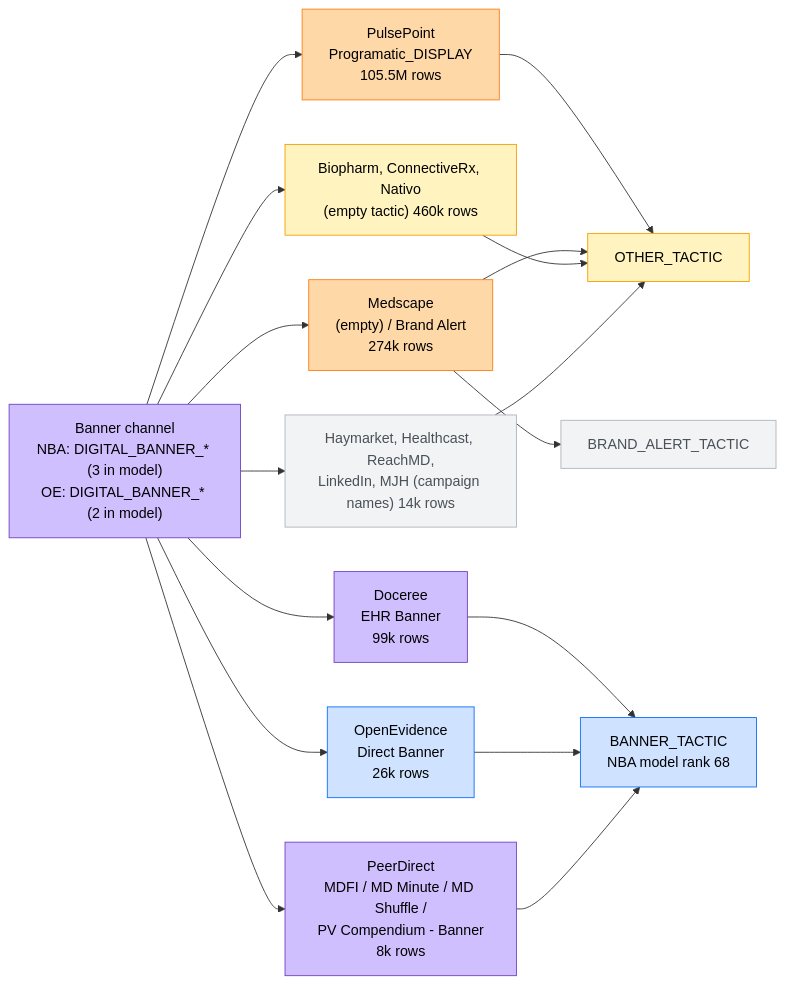
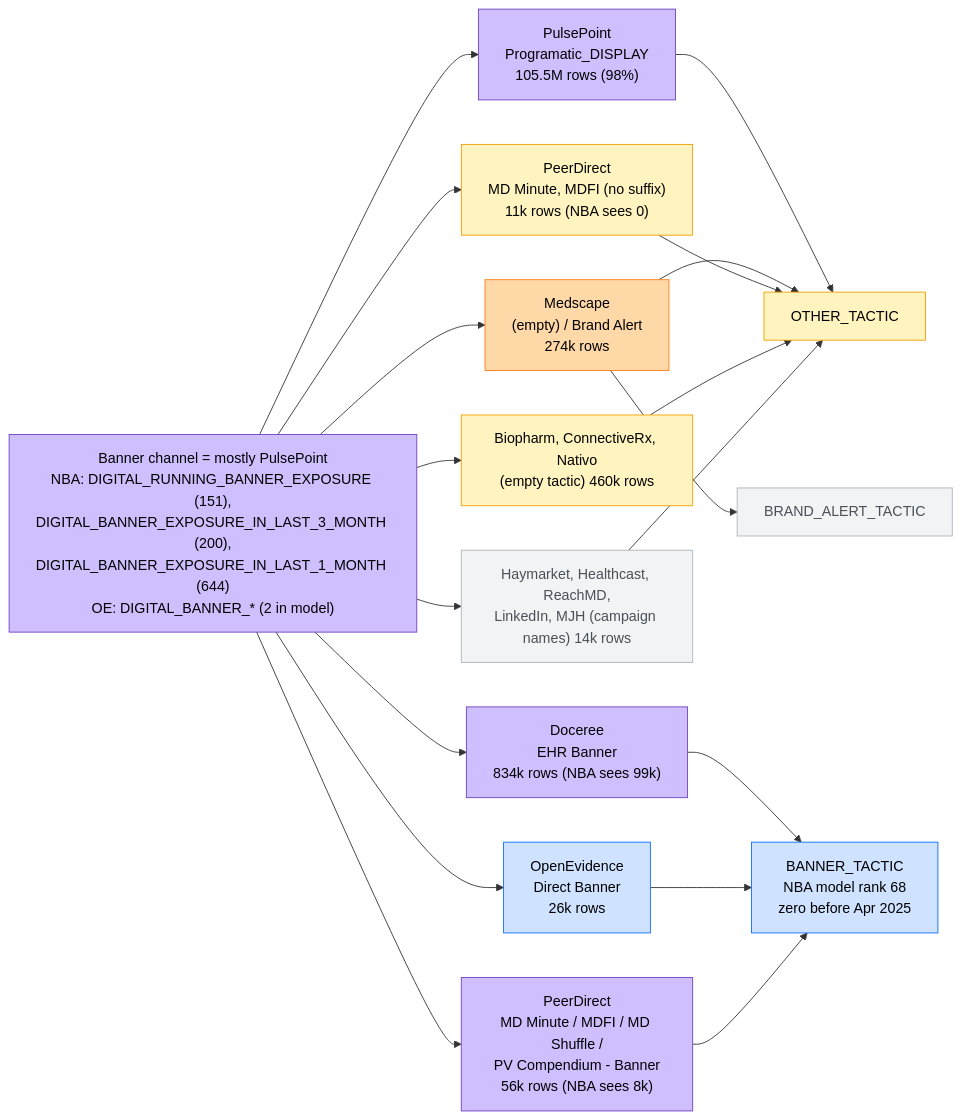
One commit to WenjieAtBayer/kerendia_nba_3_1_develop changed the second of 7 diagrams in NBA 3.1 - Dev/04_Promotional_Features/non_personal_promotional_features/01_digital_entity_map_vendor_channel_tactic_content.md. Above: the diagram before and after it, drawn with Mermaid. The commit also changed other lines of this file and 1 other file, not shown here.

First line of the commit message:
fix: correct banner mapping and include all Kerendia brand variants in entity map

````diff
--- a/NBA 3.1 - Dev/04_Promotional_Features/non_personal_promotional_features/01_digital_entity_map_vendor_channel_tactic_content.md
+++ b/NBA 3.1 - Dev/04_Promotional_Features/non_personal_promotional_features/01_digital_entity_map_vendor_channel_tactic_content.md
@@ -105,37 +107,40 @@
 ```mermaid
 flowchart LR
-    BAN["Banner channel<br/>NBA: DIGITAL_BANNER_* (3 in model)<br/>OE: DIGITAL_BANNER_* (2 in model)"]
+    BAN["Banner channel = mostly PulsePoint<br/>NBA: DIGITAL_RUNNING_BANNER_EXPOSURE (151),<br/>DIGITAL_BANNER_EXPOSURE_IN_LAST_3_MONTH (200),<br/>DIGITAL_BANNER_EXPOSURE_IN_LAST_1_MONTH (644)<br/>OE: DIGITAL_BANNER_* (2 in model)"]
 
-    BAN --> PP["PulsePoint<br/>Programatic_DISPLAY<br/>105.5M rows"]
+    BAN --> PP["PulsePoint<br/>Programatic_DISPLAY<br/>105.5M rows (98%)"]
     BAN --> MSB["Medscape<br/>(empty) / Brand Alert<br/>274k rows"]
-    BAN --> DOC["Doceree<br/>EHR Banner<br/>99k rows"]
+    BAN --> DOC["Doceree<br/>EHR Banner<br/>834k rows (NBA sees 99k)"]
     BAN --> OEV["OpenEvidence<br/>Direct Banner<br/>26k rows"]
-    BAN --> PDB["PeerDirect<br/>MDFI / MD Minute / MD Shuffle /<br/>PV Compendium - Banner<br/>8k rows"]
+    BAN --> PDB["PeerDirect<br/>MD Minute / MDFI / MD Shuffle /<br/>PV Compendium - Banner<br/>56k rows (NBA sees 8k)"]
+    BAN --> PDO["PeerDirect<br/>MD Minute, MDFI (no suffix)<br/>11k rows (NBA sees 0)"]
     BAN --> BIO["Biopharm, ConnectiveRx, Nativo<br/>(empty tactic) 460k rows"]
     BAN --> HAY["Haymarket, Healthcast, ReachMD,<br/>LinkedIn, MJH (campaign names) 14k rows"]
 
     PP --> T_OTH["OTHER_TACTIC"]
     MSB --> T_OTH
+    PDO --> T_OTH
     BIO --> T_OTH
     HAY --> T_OTH
     MSB --> T_BA["BRAND_ALERT_TACTIC"]
-    DOC --> T_BAN["BANNER_TACTIC<br/>NBA model rank 68"]
+    DOC --> T_BAN["BANNER_TACTIC<br/>NBA model rank 68<br/>zero before Apr 2025"]
     OEV --> T_BAN
     PDB --> T_BAN
 
     classDef nbaM fill:#cfe2ff,stroke:#0d6efd,color:#000
     classDef oeR fill:#ffd8a8,stroke:#fd7e14,color:#000
     classDef oeF fill:#fff3bf,stroke:#f59f00,color:#000
     classDef both fill:#d0bfff,stroke:#6f42c1,color:#000
     classDef nbaB fill:#f1f3f5,stroke:#adb5bd,color:#495057
 
     class BAN both
-    class PP,MSB oeR
+    class PP both
+    class MSB oeR
     class DOC,PDB both
     class OEV nbaM
-    class BIO oeF
+    class BIO,PDO oeF
     class HAY nbaB
     class T_BAN nbaM
     class T_OTH oeF
     class T_BA nbaB
 ```
````
